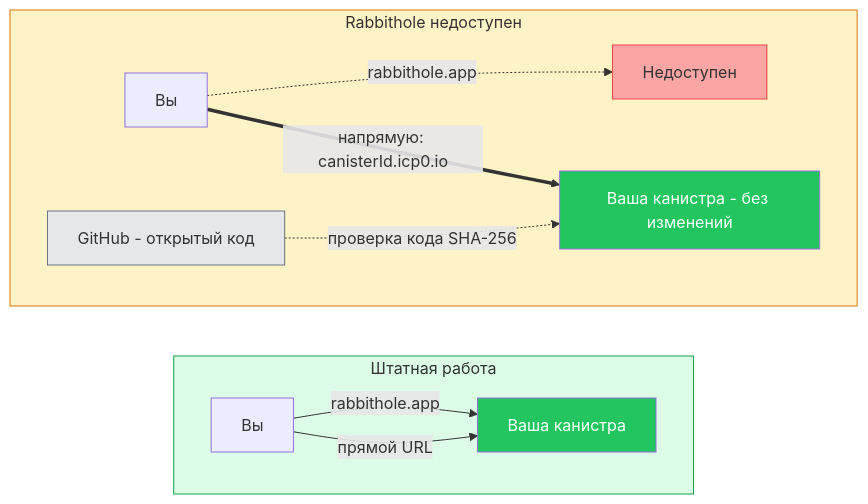
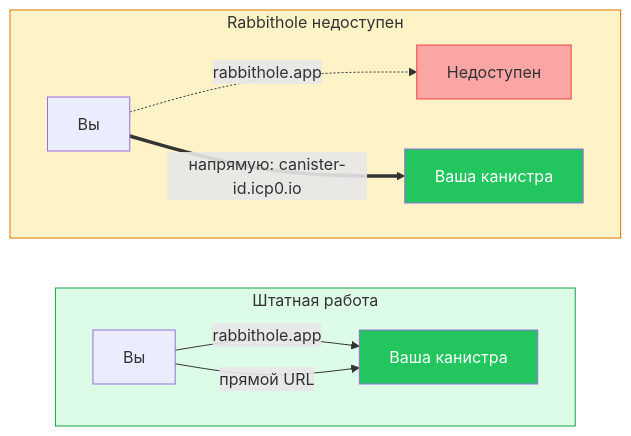
The second of 3 diagrams in apps/docs/src/ru/how-it-works/sovereignty.md (rabbithole-app/v2), drawn with Mermaid before and after one commit. The commit also changed other lines of this file and 36 other files, not shown here.

````diff
--- a/apps/docs/src/ru/how-it-works/sovereignty.md
+++ b/apps/docs/src/ru/how-it-works/sovereignty.md
@@ -95,20 +157,18 @@
 ```mermaid
 flowchart LR
     subgraph NORMAL["Штатная работа"]
         direction LR
         U1[Вы] -->|rabbithole.app| C1[Ваша канистра]
         U1 -->|прямой URL| C1
     end
     subgraph GONE["Rabbithole недоступен"]
         direction LR
-        U2[Вы] -.->|rabbithole.app| X["Недоступен"]
-        U2 ==>|"напрямую: canisterId.icp0.io"| C2[Ваша канистра - без изменений]
-        GH[GitHub - открытый код] -.->|проверка кода SHA-256| C2
+        U2[Вы] -.->|rabbithole.app| X[Недоступен]
+        U2 ==>|"напрямую: canister-id.icp0.io"| C2[Ваша канистра]
     end
     style NORMAL fill:#dcfce7,stroke:#16a34a
     style GONE fill:#fef3c7,stroke:#d97706
     style X fill:#fca5a5,stroke:#ef4444
     style C1 fill:#22c55e,color:#fff
     style C2 fill:#22c55e,color:#fff
-    style GH fill:#e5e7eb,stroke:#6b7280
 ```
````
